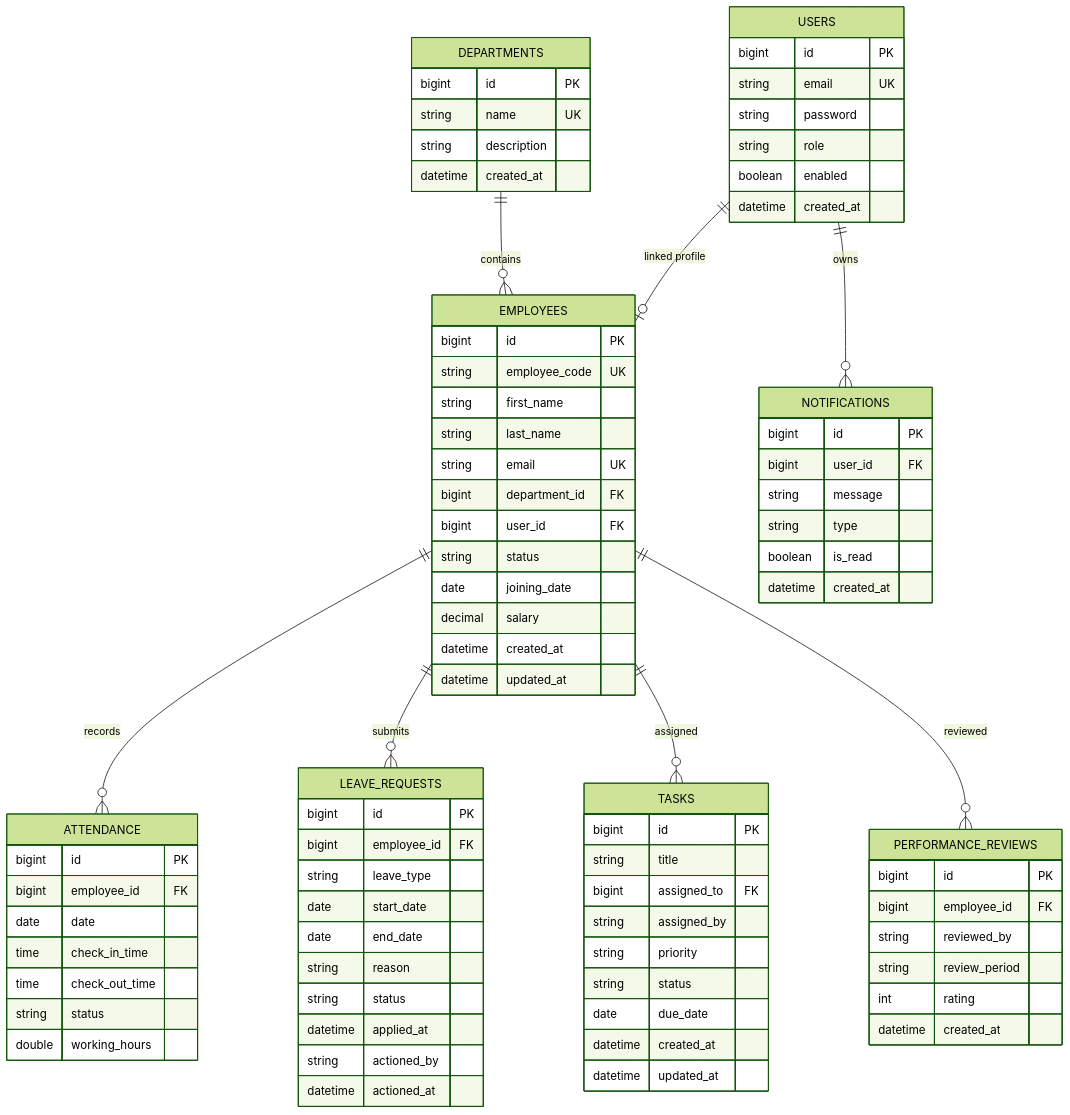
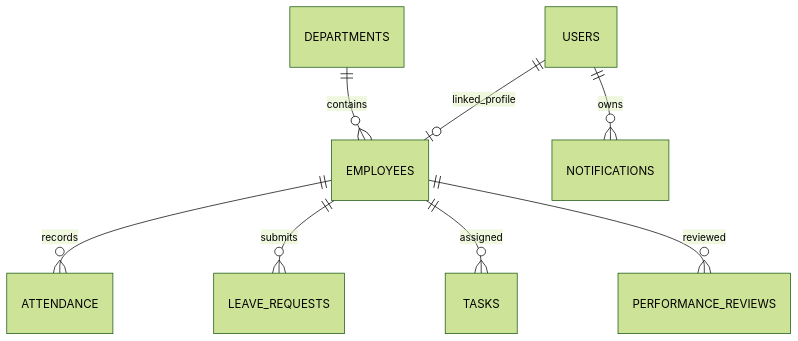
The sixth of 10 diagrams in docs/ARCHITECTURE.md (Lalmohan04/employee-management-system), drawn with Mermaid (forest theme) before and after one commit. The commit also changed other lines of this file, not shown here.

First line of the commit message:
docs: fix Mermaid diagrams for GitHub rendering

````diff
--- a/docs/ARCHITECTURE.md
+++ b/docs/ARCHITECTURE.md
@@ -286,94 +292,10 @@
 ```mermaid
 erDiagram
-    USERS ||--o| EMPLOYEES : "linked profile"
-    USERS ||--o{ NOTIFICATIONS : "owns"
-    DEPARTMENTS ||--o{ EMPLOYEES : "contains"
-    EMPLOYEES ||--o{ ATTENDANCE : "records"
-    EMPLOYEES ||--o{ LEAVE_REQUESTS : "submits"
-    EMPLOYEES ||--o{ TASKS : "assigned"
-    EMPLOYEES ||--o{ PERFORMANCE_REVIEWS : "reviewed"
-
-    USERS {
-        bigint id PK
-        string email UK
-        string password
-        string role
-        boolean enabled
-        datetime created_at
-    }
-
-    DEPARTMENTS {
-        bigint id PK
-        string name UK
-        string description
-        datetime created_at
-    }
-
-    EMPLOYEES {
-        bigint id PK
-        string employee_code UK
-        string first_name
-        string last_name
-        string email UK
-        bigint department_id FK
-        bigint user_id FK
-        string status
-        date joining_date
-        decimal salary
-        datetime created_at
-        datetime updated_at
-    }
-
-    ATTENDANCE {
-        bigint id PK
-        bigint employee_id FK
-        date date
-        time check_in_time
-        time check_out_time
-        string status
-        double working_hours
-    }
-
-    LEAVE_REQUESTS {
-        bigint id PK
-        bigint employee_id FK
-        string leave_type
-        date start_date
-        date end_date
-        string reason
-        string status
-        datetime applied_at
-        string actioned_by
-        datetime actioned_at
-    }
-
-    TASKS {
-        bigint id PK
-        string title
-        bigint assigned_to FK
-        string assigned_by
-        string priority
-        string status
-        date due_date
-        datetime created_at
-        datetime updated_at
-    }
-
-    NOTIFICATIONS {
-        bigint id PK
-        bigint user_id FK
-        string message
-        string type
-        boolean is_read
-        datetime created_at
-    }
-
-    PERFORMANCE_REVIEWS {
-        bigint id PK
-        bigint employee_id FK
-        string reviewed_by
-        string review_period
-        int rating
-        datetime created_at
-    }
+    USERS ||--o| EMPLOYEES : linked_profile
+    USERS ||--o{ NOTIFICATIONS : owns
+    DEPARTMENTS ||--o{ EMPLOYEES : contains
+    EMPLOYEES ||--o{ ATTENDANCE : records
+    EMPLOYEES ||--o{ LEAVE_REQUESTS : submits
+    EMPLOYEES ||--o{ TASKS : assigned
+    EMPLOYEES ||--o{ PERFORMANCE_REVIEWS : reviewed
 ```
````
